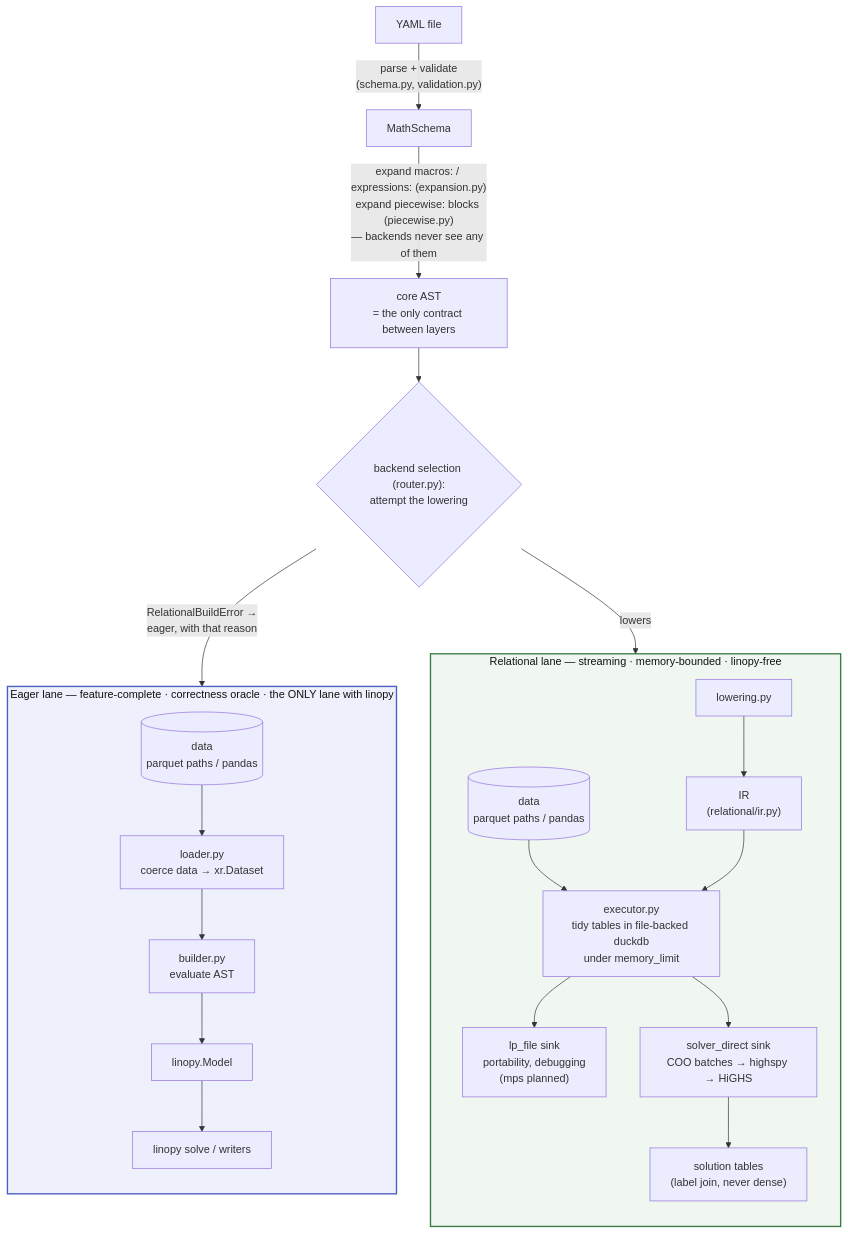
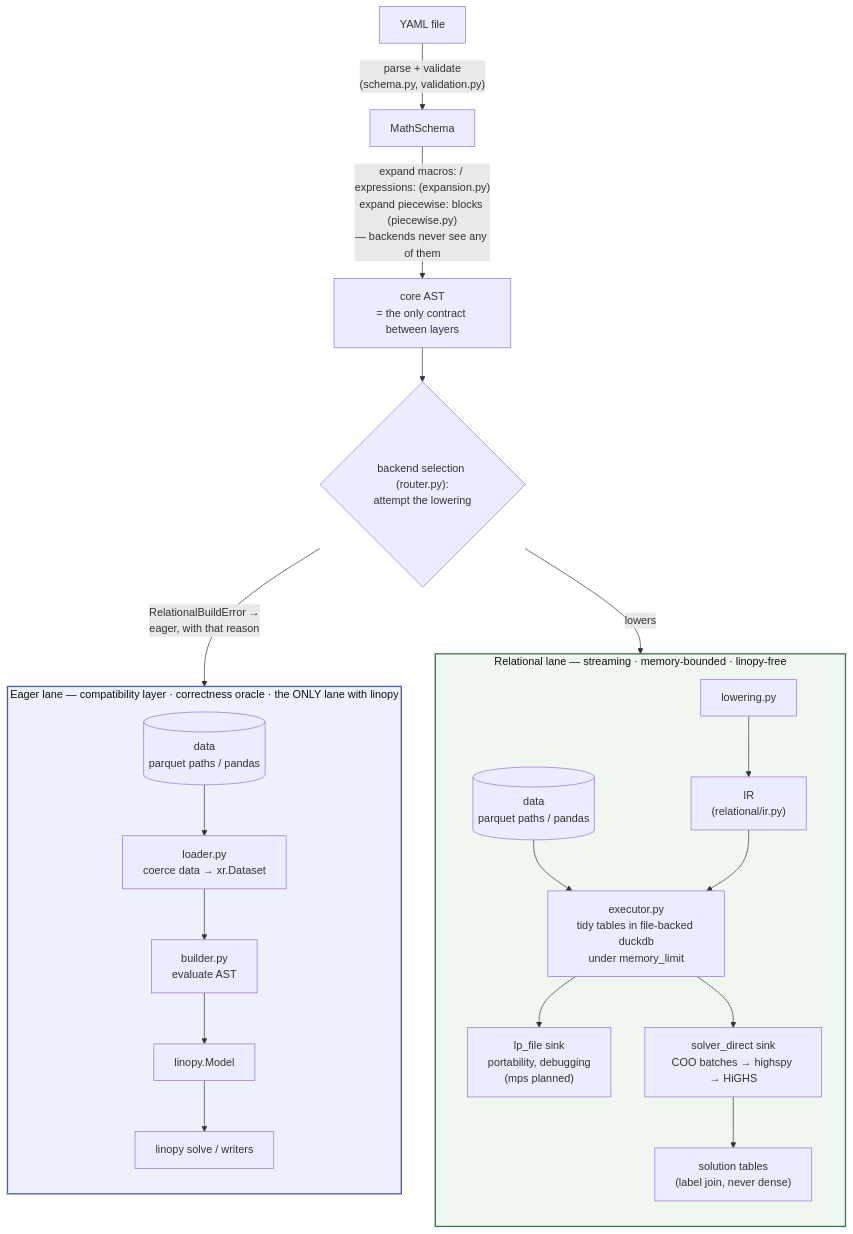
Before and after one commit to FBumann/farkas: the first of 2 diagrams in ARCHITECTURE.md, drawn with Mermaid. The commit also changed other lines of this file and 1 other file, not shown here.

First line of the commit message:
docs: shrink README; frame linopy as compat layer + validation oracle

````diff
--- a/ARCHITECTURE.md
+++ b/ARCHITECTURE.md
@@ -17,31 +17,31 @@
 ```mermaid
 flowchart TB
     Y[YAML file] -->|"parse + validate<br/>(schema.py, validation.py)"| MS[MathSchema]
     MS -->|"expand macros: / expressions: (expansion.py)<br/>expand piecewise: blocks (piecewise.py)<br/>— backends never see any of them"| AST["core AST<br/>= the only contract between layers"]
     AST --> ROUTE{"backend selection (router.py):<br/>attempt the lowering"}
 
     ROUTE -->|"lowers"| LOWER
     ROUTE -->|"RelationalBuildError →<br/>eager, with that reason"| BUILD
 
     subgraph REL["Relational lane — streaming · memory-bounded · linopy-free"]
         direction TB
         LOWER["lowering.py"] --> IR["IR<br/>(relational/ir.py)"]
         DR[("data<br/>parquet paths / pandas")] --> EXEC
         IR --> EXEC["executor.py<br/>tidy tables in file-backed duckdb<br/>under memory_limit"]
         EXEC --> LPS["lp_file sink<br/>portability, debugging<br/>(mps planned)"]
         EXEC --> DIRECT["solver_direct sink<br/>COO batches → highspy → HiGHS"]
         DIRECT --> SOL["solution tables<br/>(label join, never dense)"]
     end
 
-    subgraph EAGER["Eager lane — feature-complete · correctness oracle · the ONLY lane with linopy"]
+    subgraph EAGER["Eager lane — compatibility layer · correctness oracle · the ONLY lane with linopy"]
         direction TB
         DE[("data<br/>parquet paths / pandas")] --> LOAD["loader.py<br/>coerce data → xr.Dataset"]
         LOAD --> BUILD["builder.py<br/>evaluate AST"]
         BUILD --> MODEL[linopy.Model] --> SOLVE["linopy solve / writers"]
     end
 
     classDef laneR fill:#f0f7f0,stroke:#3a7d44,stroke-width:2px,color:#111
     classDef laneE fill:#eef1fb,stroke:#4a5fc1,stroke-width:2px,color:#111
     class REL laneR
     class EAGER laneE
 ```
````
